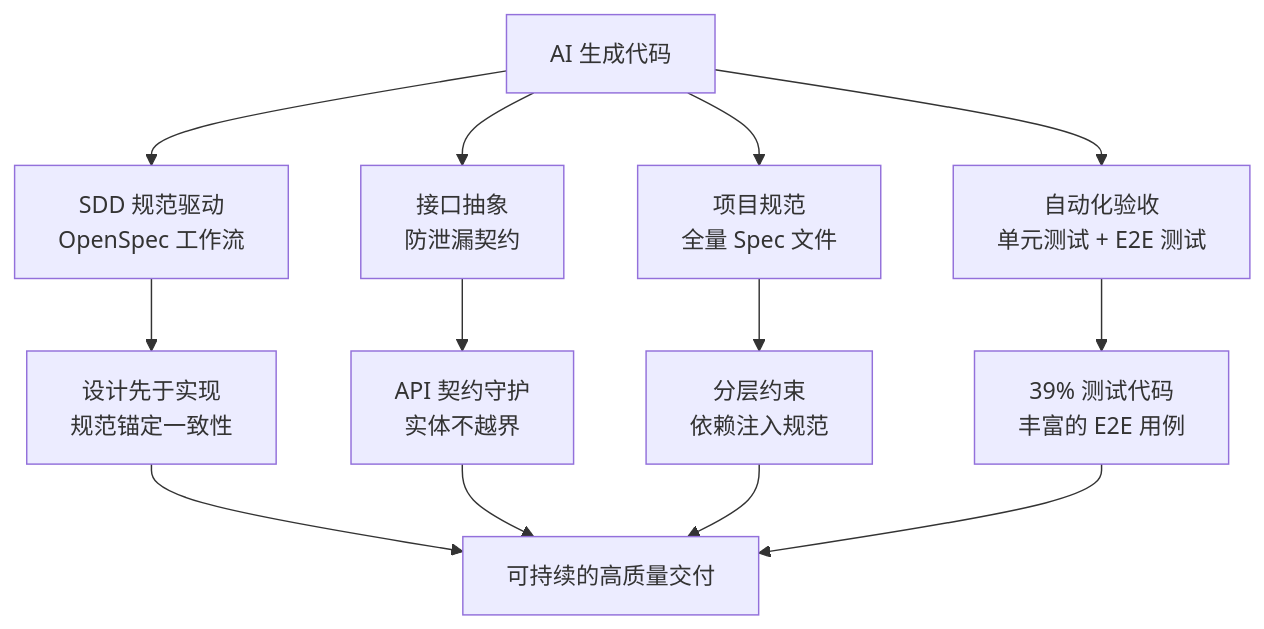
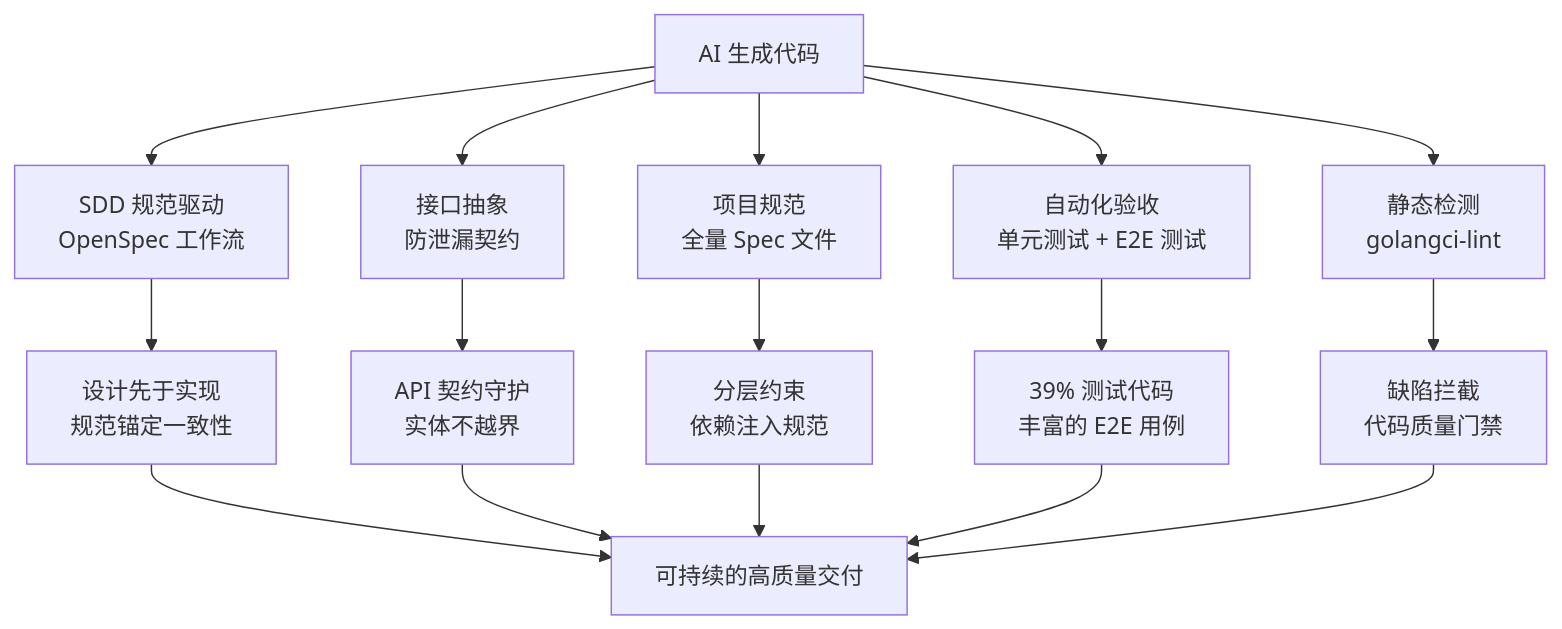
The first of 3 diagrams in apps/lina-site/docs/docs/1000-concepts/4000-ai-engineering-quality.md (linaproai/linapro-site), drawn with Mermaid before and after one commit. The commit also changed other lines of this file and 3 other files, not shown here.

````diff
--- a/apps/lina-site/docs/docs/1000-concepts/4000-ai-engineering-quality.md
+++ b/apps/lina-site/docs/docs/1000-concepts/4000-ai-engineering-quality.md
@@ -77,12 +82,14 @@
 ```mermaid
 flowchart TD
     A["AI 生成代码"] --> B["SDD 规范驱动<br/>OpenSpec 工作流"]
     A --> C["接口抽象<br/>防泄漏契约"]
     A --> D["项目规范<br/>全量 Spec 文件"]
     A --> E["自动化验收<br/>单元测试 + E2E 测试"]
+    A --> K["静态检测<br/>golangci-lint"]
     B --> F["设计先于实现<br/>规范锚定一致性"]
     C --> G["API 契约守护<br/>实体不越界"]
     D --> H["分层约束<br/>依赖注入规范"]
     E --> I["39% 测试代码<br/>丰富的 E2E 用例"]
-    F & G & H & I --> J["可持续的高质量交付"]
+    K --> L["缺陷拦截<br/>代码质量门禁"]
+    F & G & H & I & L --> J["可持续的高质量交付"]
 ```
````
